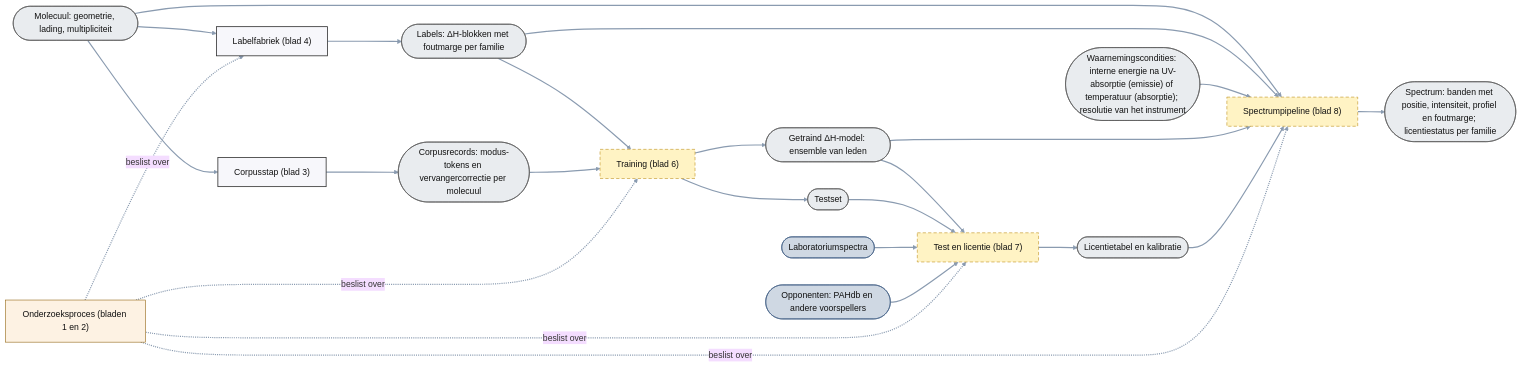
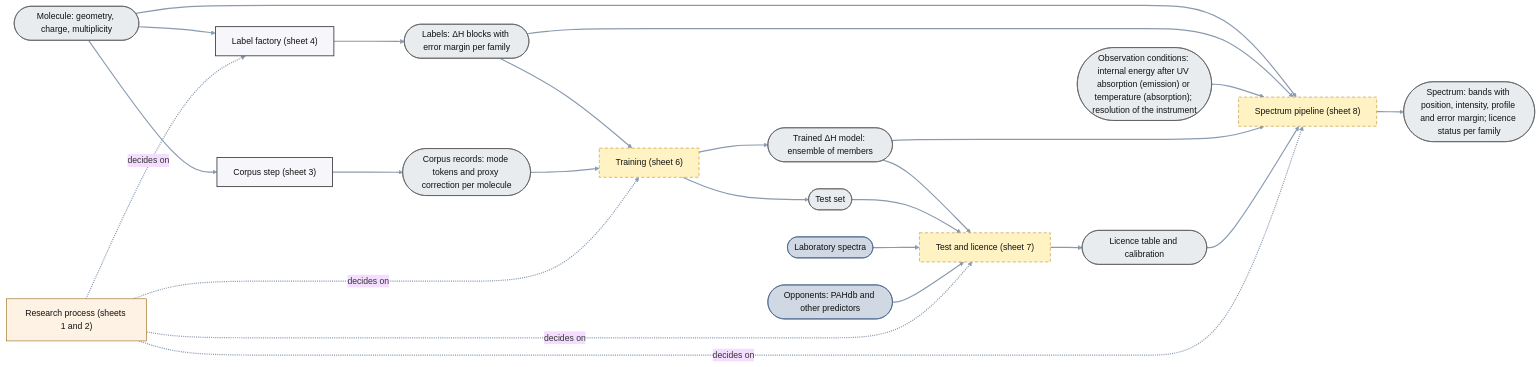
The first of 9 diagrams in plans/05_delta-probed-ir-pipeline/GoalGathering/architecture/ARCHITECTURE.md (thebreadishard/udacity-capstone-plan), drawn with Mermaid (base theme) before and after one commit. The commit also changed other lines of this file and 18 other files, not shown here.

Commit message:
Plan 05 architecture: translated to English (sheets 0-8, PyTorch sheet, index); files renamed to English; mechanical check: same node ids, shapes, classes, edges and subgraphs per sheet, PyTorch AST identical up to docstrings and message strings, all nine sheets render in Mermaid 11

````diff
--- a/plans/05_delta-probed-ir-pipeline/GoalGathering/architecture/ARCHITECTURE.md
+++ b/plans/05_delta-probed-ir-pipeline/GoalGathering/architecture/ARCHITECTURE.md
@@ -32,50 +32,50 @@
 ```mermaid
-%% Overzicht plan 05 (niveau 1): de soorten proces en de data-objecten die ze verbinden. Doelarchitectuur; geen besluiten, geen data.
-%% Rechthoek = proces (hier: een heel blad); ronde uiteinden = data-object; pijl = datastroom. Gestippeld = nog niet gebouwd.
+%% Overview of plan 05 (level 1): the kinds of process and the data objects that connect them. Target architecture; no decisions, no data.
+%% Rectangle = process (here: a whole sheet); rounded ends = data object; arrow = data flow. Dashed = not built yet.
 flowchart LR
   linkStyle default stroke:#8a9bb0,stroke-width:2.2px
   classDef planned stroke-dasharray: 6 4,stroke:#b8860b,fill:#fff3c4,color:#111
   classDef ext fill:#cfd8e3,stroke:#3d5a80,color:#111
   classDef data fill:#e9ecef,stroke:#555,color:#111
   classDef proc fill:#f7f7fb,stroke:#333,stroke-width:1.5px,color:#111
   classDef research fill:#fdf2e3,stroke:#8a5a00,color:#111
 
-  MOL(["Molecuul: geometrie, lading, multipliciteit"]):::data
-  COND(["Waarnemingscondities: interne energie na UV-absorptie (emissie) of temperatuur (absorptie); resolutie van het instrument"]):::data
-  LABDB(["Laboratoriumspectra"]):::ext
-  PAHDB(["Opponenten: PAHdb en andere voorspellers"]):::ext
+  MOL(["Molecule: geometry, charge, multiplicity"]):::data
+  COND(["Observation conditions: internal energy after UV absorption (emission) or temperature (absorption); resolution of the instrument"]):::data
+  LABDB(["Laboratory spectra"]):::ext
+  PAHDB(["Opponents: PAHdb and other predictors"]):::ext
 
-  LABF["Labelfabriek (blad 4)"]:::proc
-  LABELS(["Labels: ΔH-blokken met foutmarge per familie"]):::data
-  CORPF["Corpusstap (blad 3)"]:::proc
-  CORPUS(["Corpusrecords: modus-tokens en vervangercorrectie per molecuul"]):::data
-  TRAIN["Training (blad 6)"]:::planned
-  TRAINED(["Getraind ΔH-model: ensemble van leden"]):::data
-  TESTSET(["Testset"]):::data
-  EVAL["Test en licentie (blad 7)"]:::planned
-  LICCAL(["Licentietabel en kalibratie"]):::data
-  PIPE["Spectrumpipeline (blad 8)"]:::planned
-  SPEC(["Spectrum: banden met positie, intensiteit, profiel en foutmarge; licentiestatus per familie"]):::data
-  RES["Onderzoeksproces (bladen 1 en 2)"]:::research
+  LABF["Label factory (sheet 4)"]:::proc
+  LABELS(["Labels: ΔH blocks with error margin per family"]):::data
+  CORPF["Corpus step (sheet 3)"]:::proc
+  CORPUS(["Corpus records: mode tokens and proxy correction per molecule"]):::data
+  TRAIN["Training (sheet 6)"]:::planned
+  TRAINED(["Trained ΔH model: ensemble of members"]):::data
+  TESTSET(["Test set"]):::data
+  EVAL["Test and licence (sheet 7)"]:::planned
+  LICCAL(["Licence table and calibration"]):::data
+  PIPE["Spectrum pipeline (sheet 8)"]:::planned
+  SPEC(["Spectrum: bands with position, intensity, profile and error margin; licence status per family"]):::data
+  RES["Research process (sheets 1 and 2)"]:::research
 
   MOL --> LABF --> LABELS
   MOL --> CORPF --> CORPUS
   LABELS --> TRAIN
   CORPUS --> TRAIN
   TRAIN --> TRAINED
   TRAINED --> EVAL
   TRAIN --> TESTSET --> EVAL
   LABDB --> EVAL
   PAHDB --> EVAL
   EVAL --> LICCAL
   MOL --> PIPE
   LABELS --> PIPE
   COND --> PIPE
   TRAINED --> PIPE
   LICCAL --> PIPE
   PIPE --> SPEC
-  RES -. beslist over .-> LABF
-  RES -. beslist over .-> TRAIN
-  RES -. beslist over .-> EVAL
-  RES -. beslist over .-> PIPE
+  RES -. decides on .-> LABF
+  RES -. decides on .-> TRAIN
+  RES -. decides on .-> EVAL
+  RES -. decides on .-> PIPE
 ```
````
